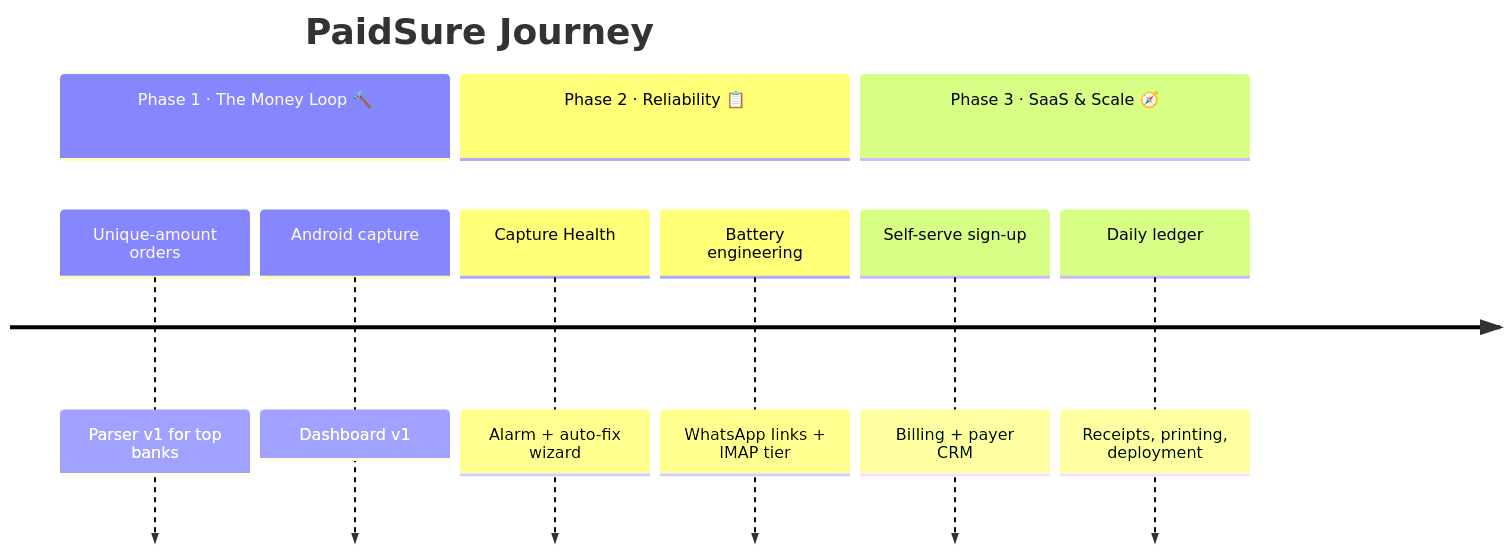
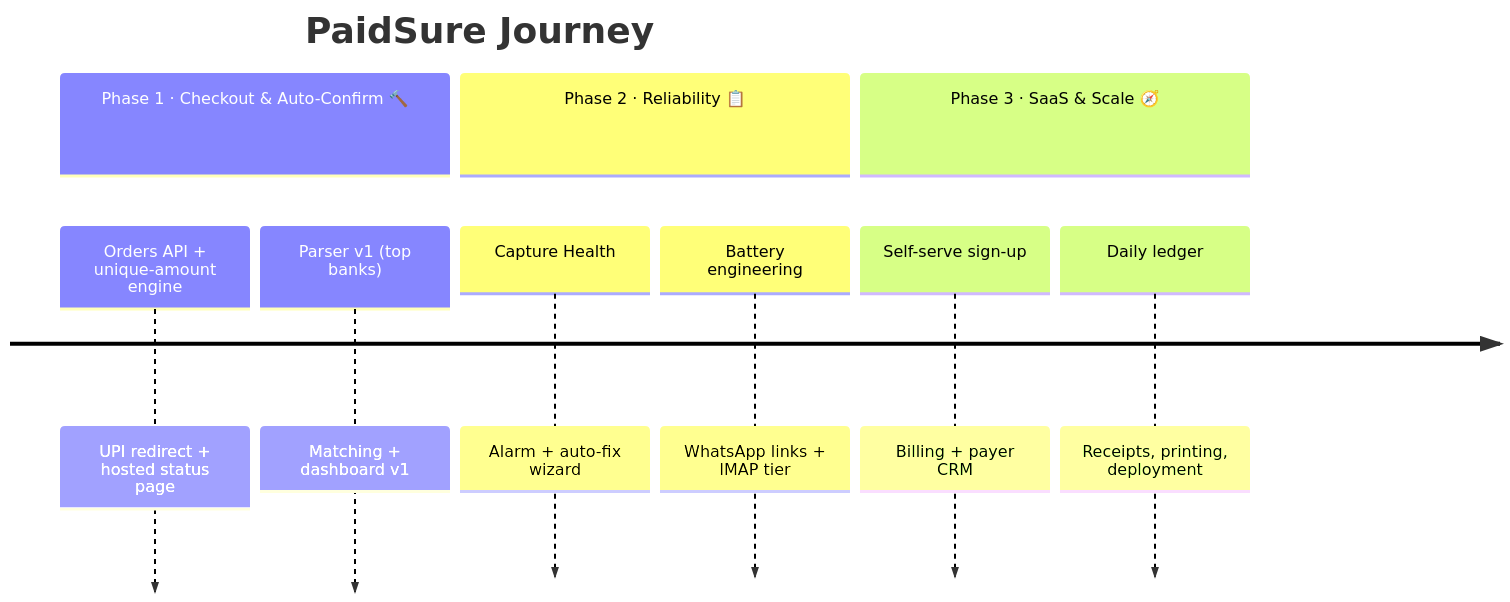
Before and after one commit to aravind220806/Paid_Sure: the second of 2 diagrams in README.md, drawn with Mermaid. The commit also changed other lines of this file, not shown here.

First line of the commit message:
docs: README reframe — PaidSure as the UPI payment gateway for websites

````diff
--- a/README.md
+++ b/README.md
@@ -225,13 +228,13 @@
 ```mermaid
 timeline
     title PaidSure Journey
-    section Phase 1 · The Money Loop 🔨
-        Unique-amount orders : Parser v1 for top banks
-        Android capture      : Dashboard v1
+    section Phase 1 · Checkout & Auto-Confirm 🔨
+        Orders API + unique-amount engine : UPI redirect + hosted status page
+        Parser v1 (top banks)             : Matching + dashboard v1
     section Phase 2 · Reliability 📋
-        Capture Health       : Alarm + auto-fix wizard
-        Battery engineering  : WhatsApp links + IMAP tier
+        Capture Health        : Alarm + auto-fix wizard
+        Battery engineering   : WhatsApp links + IMAP tier
     section Phase 3 · SaaS & Scale 🧭
-        Self-serve sign-up   : Billing + payer CRM
-        Daily ledger         : Receipts, printing, deployment
+        Self-serve sign-up    : Billing + payer CRM
+        Daily ledger          : Receipts, printing, deployment
 ```
````
